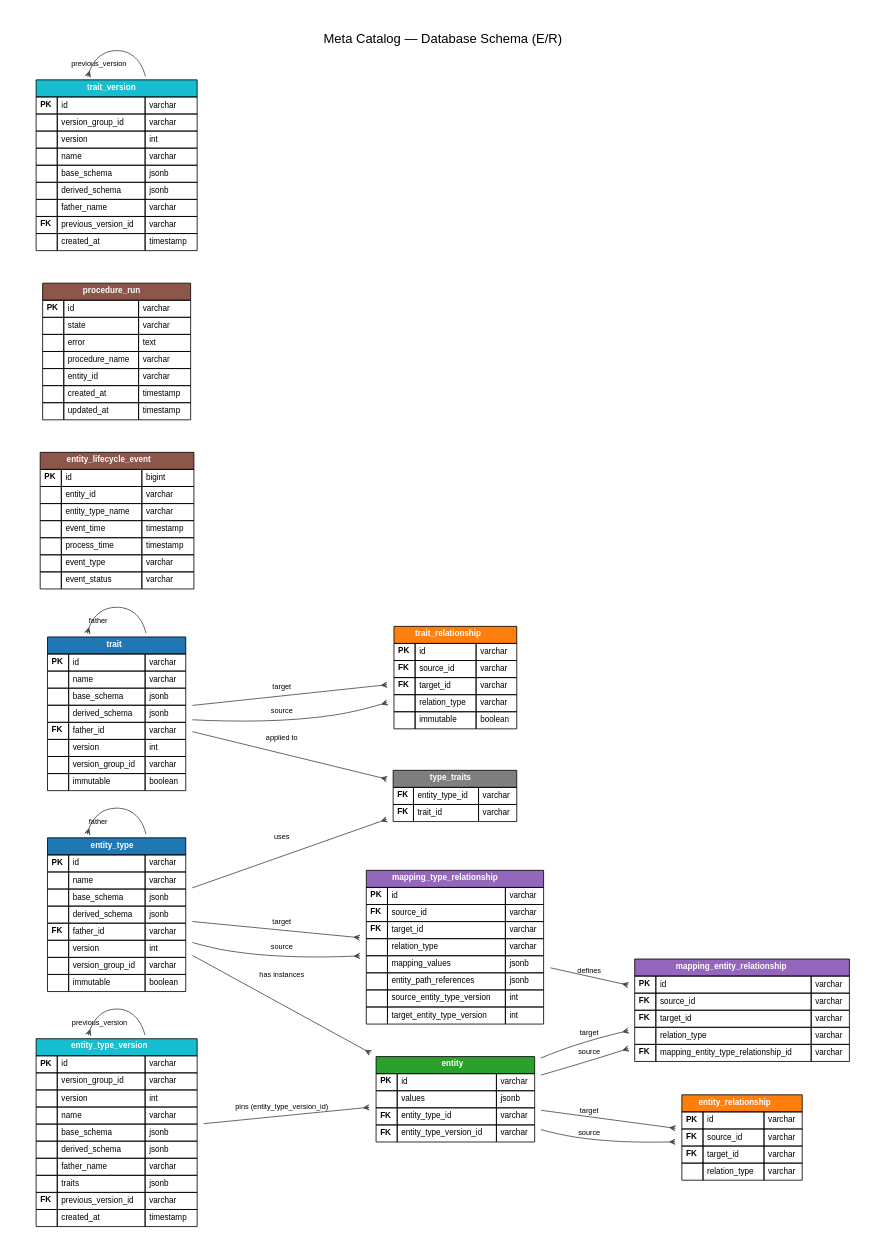
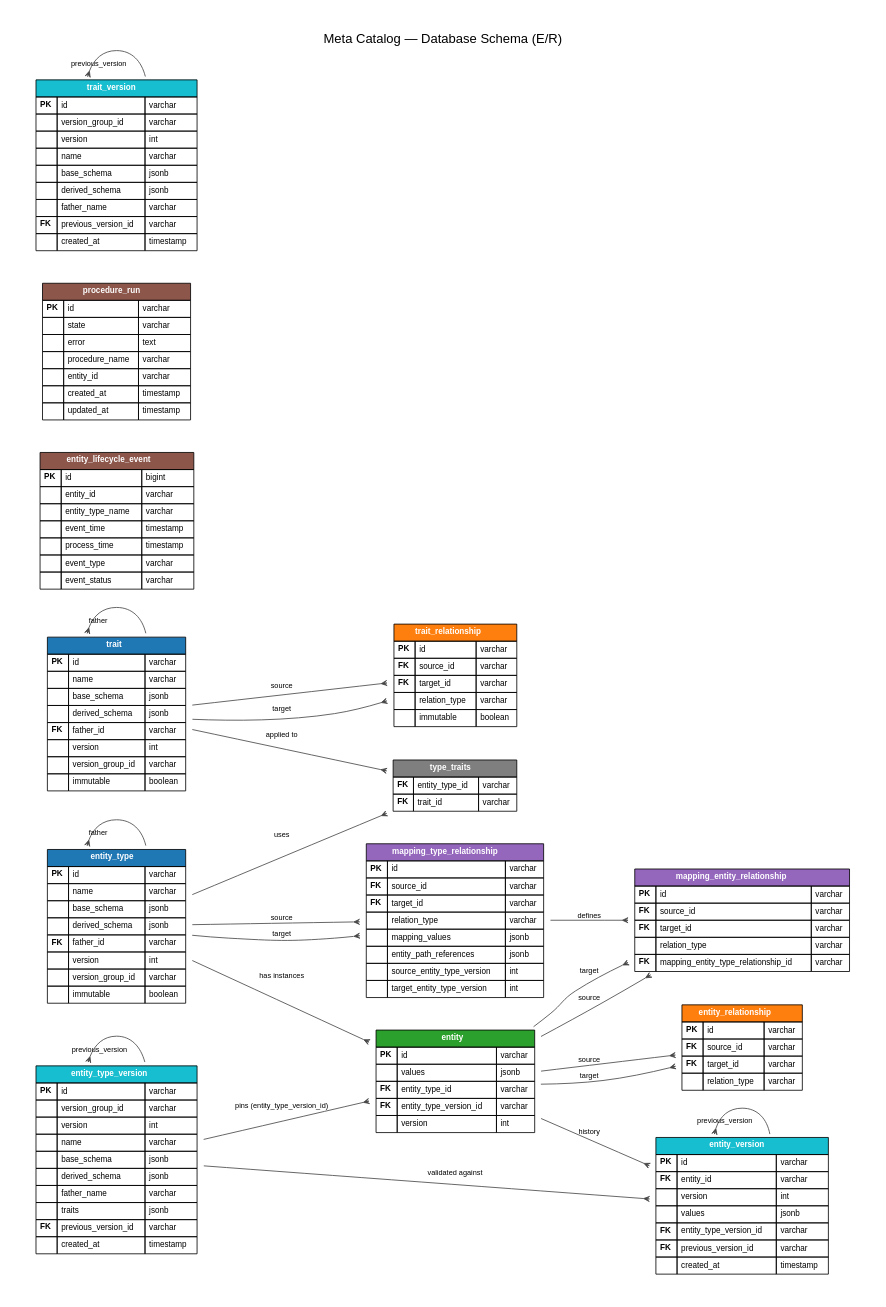
Before and after one commit to dgreco/metacatalog: the diagram in docs/er-diagram.dot, drawn with Graphviz. The commit also changed 38 other files, not shown here.

```diff
--- a/docs/er-diagram.dot
+++ b/docs/er-diagram.dot
@@ -59,6 +59,20 @@
             <TR><TD></TD><TD ALIGN="LEFT">values</TD><TD ALIGN="LEFT">jsonb</TD></TR>
             <TR><TD ALIGN="LEFT"><B>FK</B></TD><TD ALIGN="LEFT">entity_type_id</TD><TD ALIGN="LEFT">varchar</TD></TR>
             <TR><TD ALIGN="LEFT"><B>FK</B></TD><TD ALIGN="LEFT">entity_type_version_id</TD><TD ALIGN="LEFT">varchar</TD></TR>
+            <TR><TD></TD><TD ALIGN="LEFT">version</TD><TD ALIGN="LEFT">int</TD></TR>
+        </TABLE>
+    >];
+
+    entity_version [label=<
+        <TABLE BORDER="0" CELLBORDER="1" CELLSPACING="0" CELLPADDING="4" BGCOLOR="white">
+            <TR><TD BGCOLOR="#17becf" COLSPAN="3"><FONT COLOR="white"><B>entity_version</B></FONT></TD></TR>
+            <TR><TD ALIGN="LEFT"><B>PK</B></TD><TD ALIGN="LEFT">id</TD><TD ALIGN="LEFT">varchar</TD></TR>
+            <TR><TD ALIGN="LEFT"><B>FK</B></TD><TD ALIGN="LEFT">entity_id</TD><TD ALIGN="LEFT">varchar</TD></TR>
+            <TR><TD></TD><TD ALIGN="LEFT">version</TD><TD ALIGN="LEFT">int</TD></TR>
+            <TR><TD></TD><TD ALIGN="LEFT">values</TD><TD ALIGN="LEFT">jsonb</TD></TR>
+            <TR><TD ALIGN="LEFT"><B>FK</B></TD><TD ALIGN="LEFT">entity_type_version_id</TD><TD ALIGN="LEFT">varchar</TD></TR>
+            <TR><TD ALIGN="LEFT"><B>FK</B></TD><TD ALIGN="LEFT">previous_version_id</TD><TD ALIGN="LEFT">varchar</TD></TR>
+            <TR><TD></TD><TD ALIGN="LEFT">created_at</TD><TD ALIGN="LEFT">timestamp</TD></TR>
         </TABLE>
     >];
 
@@ -182,4 +196,7 @@
     entity_type_version -> entity            [arrowhead=crow,  label="pins (entity_type_version_id)"];
     entity_type_version -> entity_type_version [taillabel="previous_version", labeldistance=2, dir=back, arrowtail=crow];
     trait_version      -> trait_version      [taillabel="previous_version", labeldistance=2, dir=back, arrowtail=crow];
+    entity             -> entity_version     [arrowhead=crow,  label="history"];
+    entity_type_version -> entity_version    [arrowhead=crow,  label="validated against"];
+    entity_version     -> entity_version     [taillabel="previous_version", labeldistance=2, dir=back, arrowtail=crow];
 }
```
